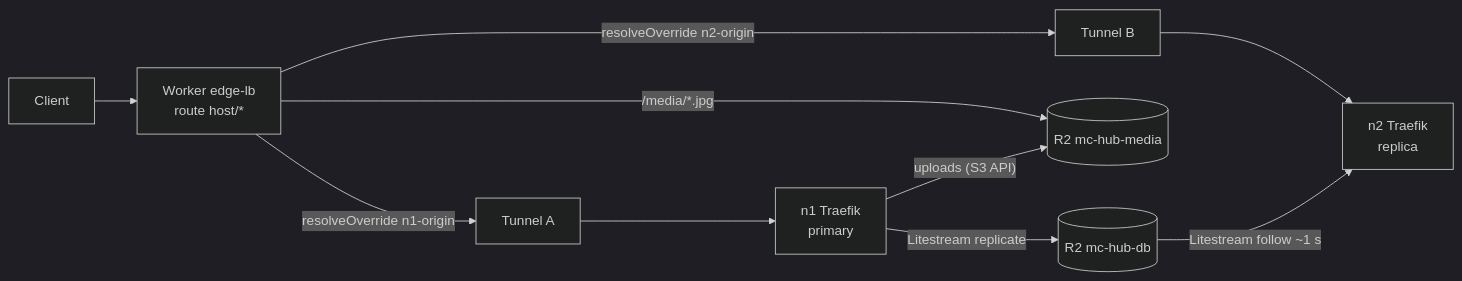
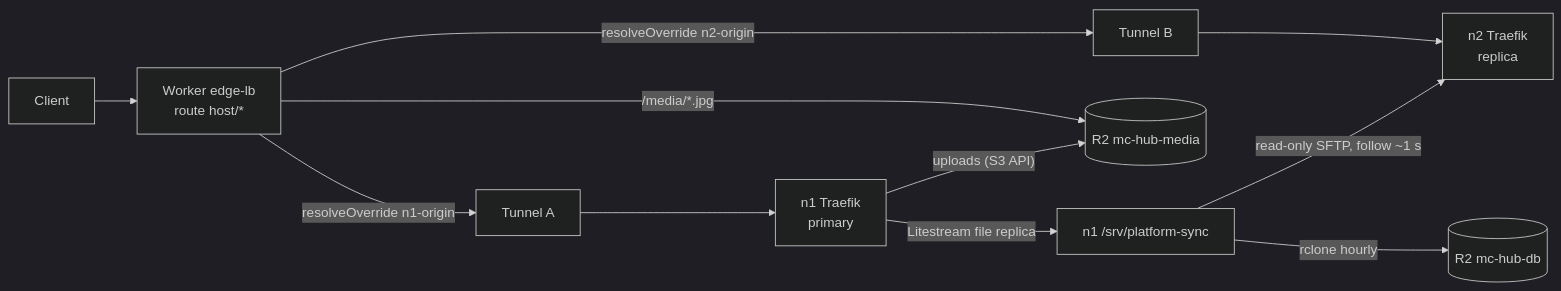
Before and after one commit to TheDemonTuan/vps-deploy: the diagram in platform/README.md, drawn with Mermaid (dark theme). The commit also changed other lines of this file and 14 other files, not shown here.

First line of the commit message:
Replicate over read-only SFTP, pin clients to one node, exchange CrowdSec bans (#101)

````diff
--- a/platform/README.md
+++ b/platform/README.md
@@ -6,10 +6,11 @@
 ```mermaid
 flowchart LR
   C[Client] --> W[Worker edge-lb<br/>route host/*]
   W -- "resolveOverride n1-origin" --> T1[Tunnel A] --> N1[n1 Traefik<br/>primary]
   W -- "resolveOverride n2-origin" --> T2[Tunnel B] --> N2[n2 Traefik<br/>replica]
   W -- "/media/*.jpg" --> R2M[(R2 mc-hub-media)]
-  N1 -- "Litestream replicate" --> R2D[(R2 mc-hub-db)]
-  R2D -- "Litestream follow ~1 s" --> N2
+  N1 -- "Litestream file replica" --> F[n1 /srv/platform-sync]
+  F -- "read-only SFTP, follow ~1 s" --> N2
+  F -- "rclone hourly" --> R2D[(R2 mc-hub-db)]
   N1 -- "uploads (S3 API)" --> R2M
 ```
````
